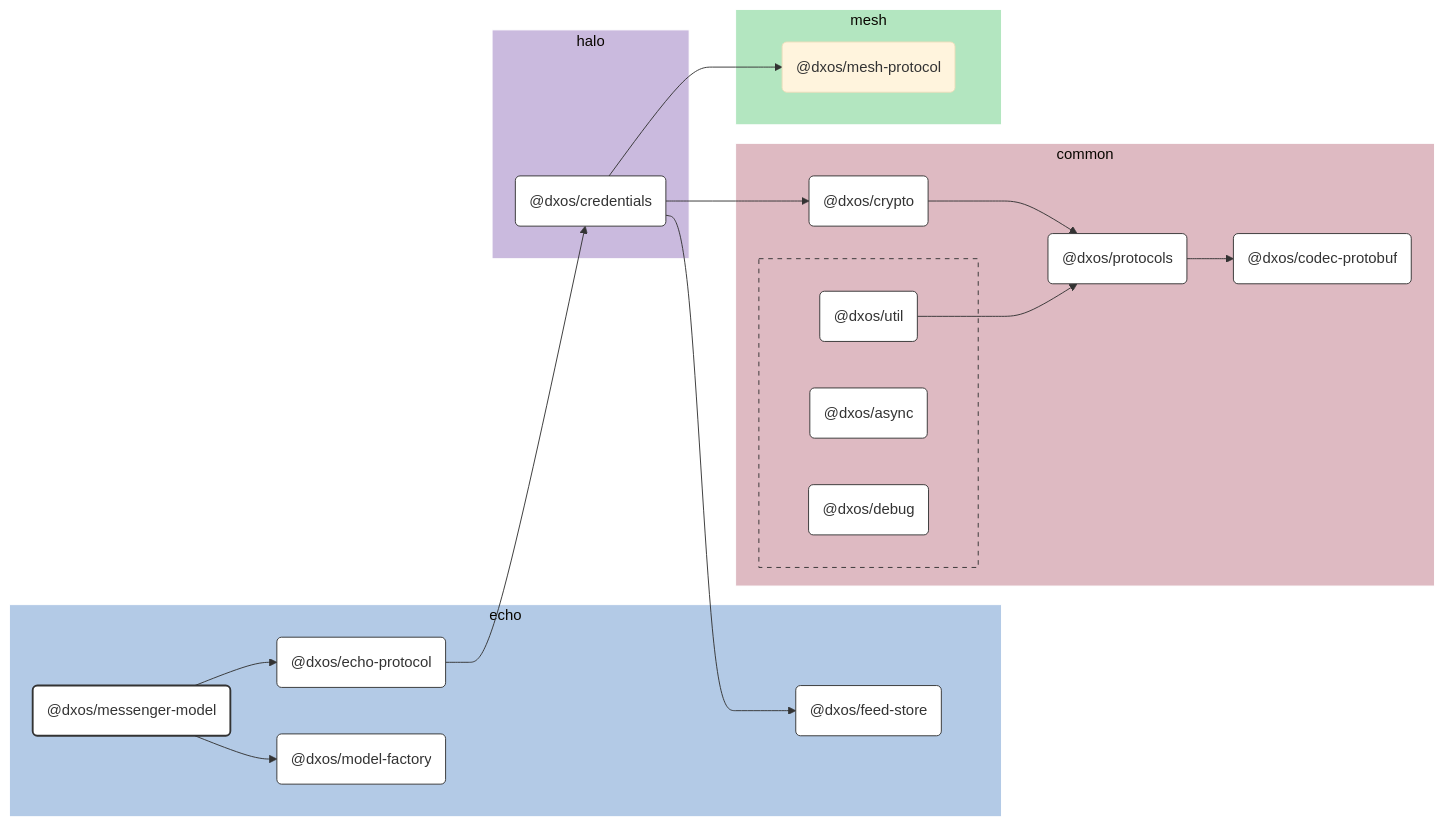
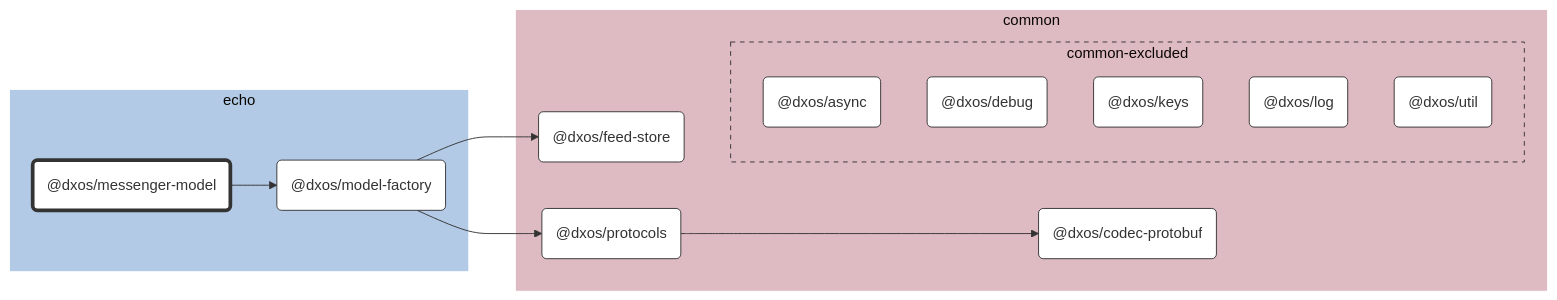
The diagram in packages/echo/messenger-model/docs/README.md (dxos/dxos), drawn with Mermaid (base theme) before and after one commit. The commit also changed other lines of this file and 683 other files, not shown here.

````diff
--- a/packages/echo/messenger-model/docs/README.md
+++ b/packages/echo/messenger-model/docs/README.md
@@ -9,83 +9,48 @@
 
 flowchart LR
 
-%% Links
-dxos/credentials --> dxos/crypto;
-dxos/credentials --> dxos/feed-store;
-dxos/credentials --> dxos/mesh-protocol;
-dxos/crypto --> dxos/protocols;
-dxos/echo-protocol --> dxos/credentials;
-dxos/messenger-model --> dxos/echo-protocol;
-dxos/messenger-model --> dxos/model-factory;
-dxos/protocols --> dxos/codec-protobuf;
-dxos/util --> dxos/protocols;
+%% Classes
+classDef def fill:#fff,stroke:#333,stroke-width:1px
+classDef root fill:#fff,stroke:#333,stroke-width:4px
 
-%% Sections
-subgraph echo
-  style echo fill:#b3cae6,stroke:#fff;
+%% Nodes
 
-  dxos/echo-protocol("@dxos/echo-protocol")
-  dxos/feed-store("@dxos/feed-store")
-  dxos/messenger-model("@dxos/messenger-model")
-  dxos/model-factory("@dxos/model-factory")
+subgraph echo [echo]
+  style echo fill:#b3cae6,stroke:#fff
+  dxos/messenger-model("@dxos/messenger-model"):::root
+  click dxos/messenger-model "dxos/dxos/tree/main/packages/echo/messenger-model/docs"
+  dxos/model-factory("@dxos/model-factory"):::def
+  click dxos/model-factory "dxos/dxos/tree/main/packages/echo/model-factory/docs"
 end
 
-subgraph common
-  style common fill:#debac2,stroke:#fff;
+subgraph common [common]
+  style common fill:#debac2,stroke:#fff
+  dxos/codec-protobuf("@dxos/codec-protobuf"):::def
+  click dxos/codec-protobuf "dxos/dxos/tree/main/packages/common/codec-protobuf/docs"
+  dxos/feed-store("@dxos/feed-store"):::def
+  click dxos/feed-store "dxos/dxos/tree/main/packages/common/feed-store/docs"
+  dxos/protocols("@dxos/protocols"):::def
+  click dxos/protocols "dxos/dxos/tree/main/packages/common/protocols/docs"
 
-  dxos/codec-protobuf("@dxos/codec-protobuf")
-  dxos/crypto("@dxos/crypto")
-  dxos/protocols("@dxos/protocols")
-
-  subgraph common-excluded [ ]
-    style common-excluded fill:#debac2,stroke:#333,stroke-dasharray:5 5;
-
-    dxos/async("@dxos/async")
-    dxos/debug("@dxos/debug")
-    dxos/util("@dxos/util")
+  subgraph common-excluded [common-excluded]
+    style common-excluded fill:#debac2,stroke:#333,stroke-dasharray:5 5
+    dxos/async("@dxos/async"):::def
+    click dxos/async "dxos/dxos/tree/main/packages/common/async/docs"
+    dxos/debug("@dxos/debug"):::def
+    click dxos/debug "dxos/dxos/tree/main/packages/common/debug/docs"
+    dxos/keys("@dxos/keys"):::def
+    click dxos/keys "dxos/dxos/tree/main/packages/common/keys/docs"
+    dxos/log("@dxos/log"):::def
+    click dxos/log "dxos/dxos/tree/main/packages/common/log/docs"
+    dxos/util("@dxos/util"):::def
+    click dxos/util "dxos/dxos/tree/main/packages/common/util/docs"
   end
 end
 
-subgraph halo
-  style halo fill:#cabade,stroke:#fff;
-
-  dxos/credentials("@dxos/credentials")
-end
-
-subgraph mesh
-  style mesh fill:#b3e6c0,stroke:#fff;
-
-  dxos/mesh-protocol("@dxos/mesh-protocol")
-end
-
-
-%% Hyperlinks
-click dxos/async "dxos/dxos/tree/main/packages/common/async/docs";
-click dxos/codec-protobuf "dxos/dxos/tree/main/packages/common/codec-protobuf/docs";
-click dxos/credentials "dxos/dxos/tree/main/packages/halo/credentials/docs";
-click dxos/crypto "dxos/dxos/tree/main/packages/common/crypto/docs";
-click dxos/debug "dxos/dxos/tree/main/packages/common/debug/docs";
-click dxos/echo-protocol "dxos/dxos/tree/main/packages/echo/echo-protocol/docs";
-click dxos/feed-store "dxos/dxos/tree/main/packages/echo/feed-store/docs";
-click dxos/model-factory "dxos/dxos/tree/main/packages/echo/model-factory/docs";
-click dxos/protocols "dxos/dxos/tree/main/packages/common/protocols/docs";
-click dxos/util "dxos/dxos/tree/main/packages/common/util/docs";
-
-%% Styles
-classDef rootNode fill:#fff,stroke:#333,stroke-width:2px
-classDef defaultNode fill:#fff,stroke:#333,stroke-width:1px
+%% Links
 linkStyle default stroke:#333,stroke-width:1px
-
-dxos/messenger-model:::rootNode
-
-dxos/async:::defaultNode
-dxos/codec-protobuf:::defaultNode
-dxos/credentials:::defaultNode
-dxos/crypto:::defaultNode
-dxos/debug:::defaultNode
-dxos/echo-protocol:::defaultNode
-dxos/feed-store:::defaultNode
-dxos/model-factory:::defaultNode
-dxos/protocols:::defaultNode
-dxos/util:::defaultNode
+dxos/messenger-model --> dxos/model-factory
+dxos/model-factory --> dxos/feed-store
+dxos/model-factory --> dxos/protocols
+dxos/protocols --> dxos/codec-protobuf
 ```
````
